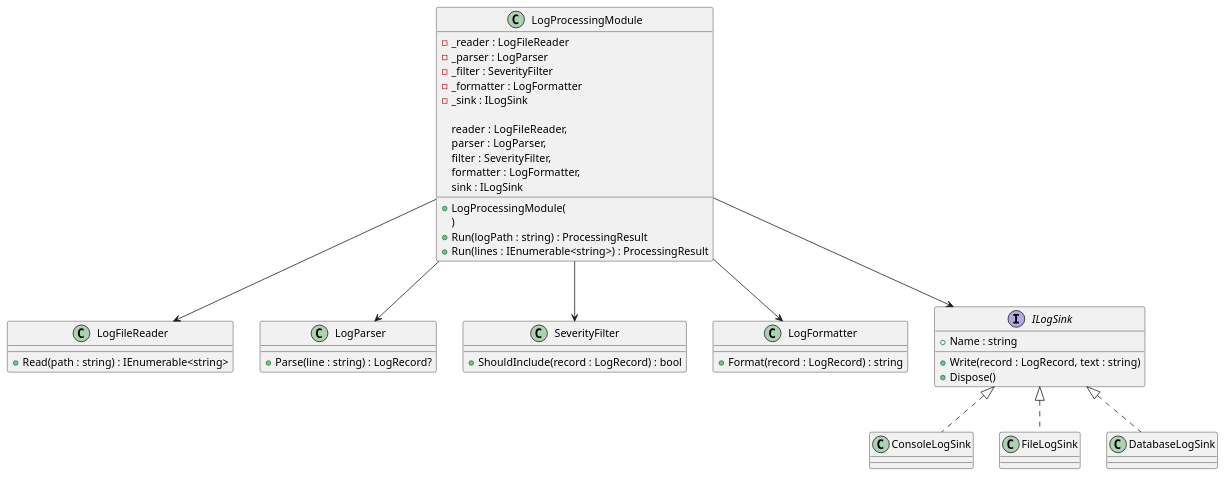
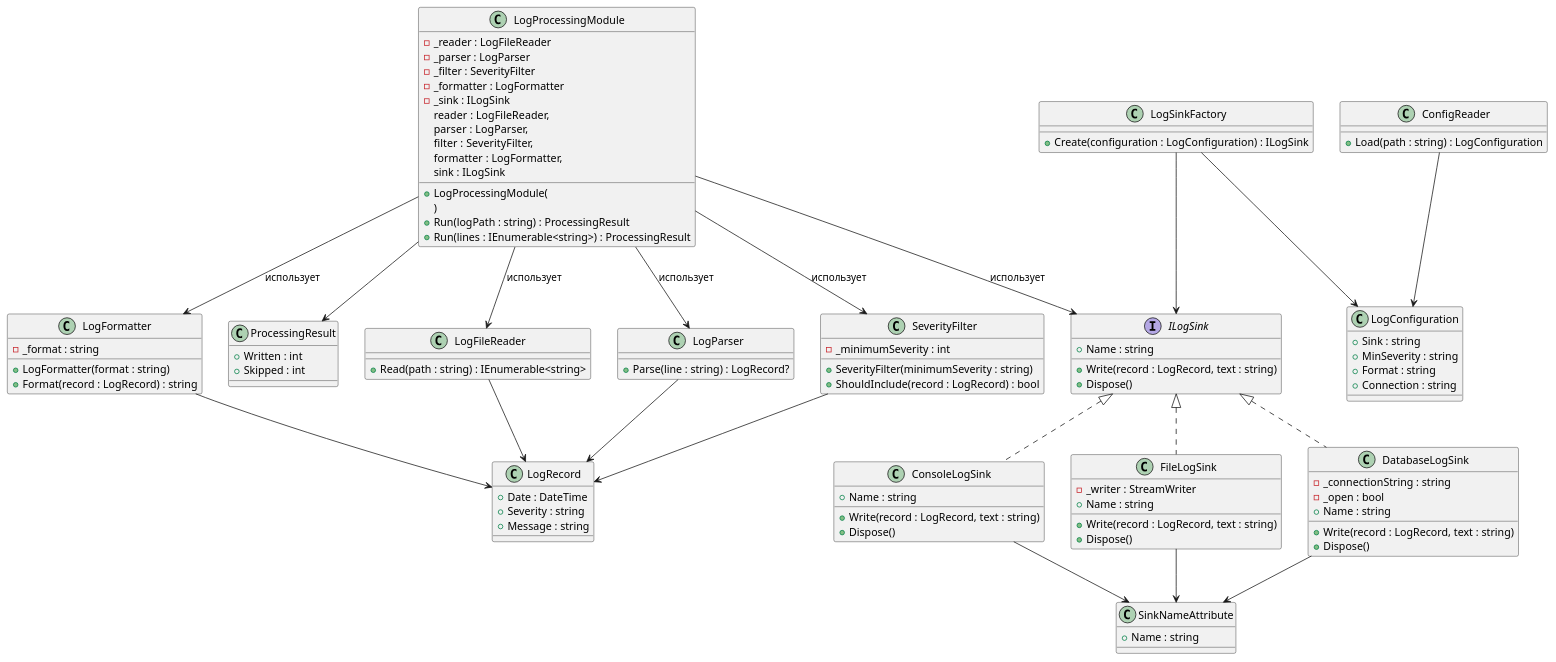
One commit to Allureeee/LogHub-workshop changed the third of 3 diagrams in docs/ЛР1.md. Above: the diagram before and after it, drawn with PlantUML. The commit also changed other lines of this file and 2 other files, not shown here.

Commit message:
Оформление README и изменение диаграмм ЛР1

````diff
--- a/docs/ЛР1.md
+++ b/docs/ЛР1.md
@@ -141,7 +134,6 @@
     -_filter : SeverityFilter
     -_formatter : LogFormatter
     -_sink : ILogSink
-
     +LogProcessingModule(
         reader : LogFileReader,
         parser : LogParser,
@@ -152,42 +144,87 @@
     +Run(logPath : string) : ProcessingResult
     +Run(lines : IEnumerable<string>) : ProcessingResult
 }
-
 class LogFileReader {
     +Read(path : string) : IEnumerable<string>
 }
-
 class LogParser {
     +Parse(line : string) : LogRecord?
 }
-
 class SeverityFilter {
+    -_minimumSeverity : int
+    +SeverityFilter(minimumSeverity : string)
     +ShouldInclude(record : LogRecord) : bool
 }
-
 class LogFormatter {
+    -_format : string
+    +LogFormatter(format : string)
     +Format(record : LogRecord) : string
 }
-
 interface ILogSink {
     +Name : string
     +Write(record : LogRecord, text : string)
     +Dispose()
 }
-
-class ConsoleLogSink
-class FileLogSink
-class DatabaseLogSink
-
+class ConsoleLogSink {
+    +Name : string
+    +Write(record : LogRecord, text : string)
+    +Dispose()
+}
+class FileLogSink {
+    -_writer : StreamWriter
+    +Name : string
+    +Write(record : LogRecord, text : string)
+    +Dispose()
+}
+class DatabaseLogSink {
+    -_connectionString : string
+    -_open : bool
+    +Name : string
+    +Write(record : LogRecord, text : string)
+    +Dispose()
+}
+class LogSinkFactory {
+    +Create(configuration : LogConfiguration) : ILogSink
+}
+class ConfigReader {
+    +Load(path : string) : LogConfiguration
+}
+class LogConfiguration {
+    +Sink : string
+    +MinSeverity : string
+    +Format : string
+    +Connection : string
+}
+class SinkNameAttribute {
+    +Name : string
+}
+class LogRecord {
+    +Date : DateTime
+    +Severity : string
+    +Message : string
+}
+class ProcessingResult {
+    +Written : int
+    +Skipped : int
+}
 ILogSink <|.. ConsoleLogSink
 ILogSink <|.. FileLogSink
 ILogSink <|.. DatabaseLogSink
-
-LogProcessingModule --> LogFileReader
-LogProcessingModule --> LogParser
-LogProcessingModule --> SeverityFilter
-LogProcessingModule --> LogFormatter
-LogProcessingModule --> ILogSink
-
+LogProcessingModule --> LogFileReader : использует
+LogProcessingModule --> LogParser : использует
+LogProcessingModule --> SeverityFilter : использует
+LogProcessingModule --> LogFormatter : использует
+LogProcessingModule --> ILogSink : использует
+LogFileReader --> LogRecord
+LogParser --> LogRecord
+SeverityFilter --> LogRecord
+LogFormatter --> LogRecord
+LogProcessingModule --> ProcessingResult
+ConfigReader --> LogConfiguration
+LogSinkFactory --> LogConfiguration
+LogSinkFactory --> ILogSink
+ConsoleLogSink --> SinkNameAttribute
+FileLogSink --> SinkNameAttribute
+DatabaseLogSink --> SinkNameAttribute
 @enduml
 ```
````
